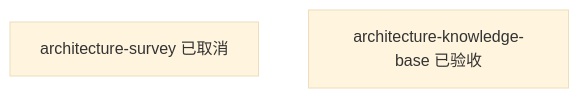
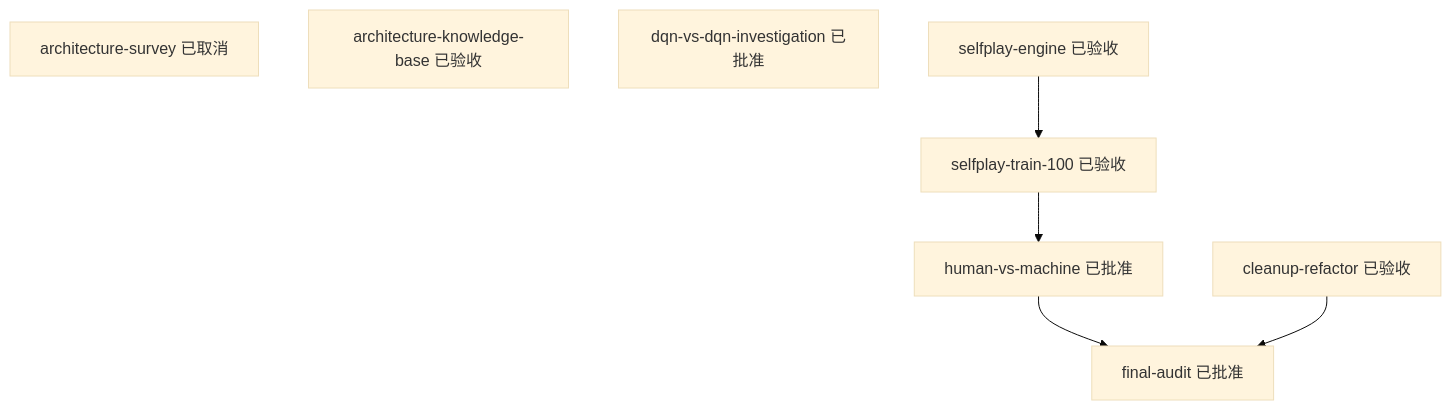
Before and after one commit to luduihang/game_rendering: the diagram in management/views/TASKS.md, drawn with Mermaid (base theme). The commit also changed other lines of this file and 44 other files, not shown here.

First line of the commit message:
chore(governance): 同步治理台账与任务视图至当前基线

````diff
--- a/management/views/TASKS.md
+++ b/management/views/TASKS.md
@@ -13,5 +25,15 @@
 ```mermaid
 graph TD
   architecture_survey["architecture-survey 已取消"]
   architecture_knowledge_base["architecture-knowledge-base 已验收"]
+  dqn_vs_dqn_investigation["dqn-vs-dqn-investigation 已批准"]
+  selfplay_engine["selfplay-engine 已验收"]
+  cleanup_refactor["cleanup-refactor 已验收"]
+  selfplay_train_100["selfplay-train-100 已验收"]
+  human_vs_machine["human-vs-machine 已批准"]
+  final_audit["final-audit 已批准"]
+  selfplay_engine --> selfplay_train_100
+  selfplay_train_100 --> human_vs_machine
+  human_vs_machine --> final_audit
+  cleanup_refactor --> final_audit
 ```
````
